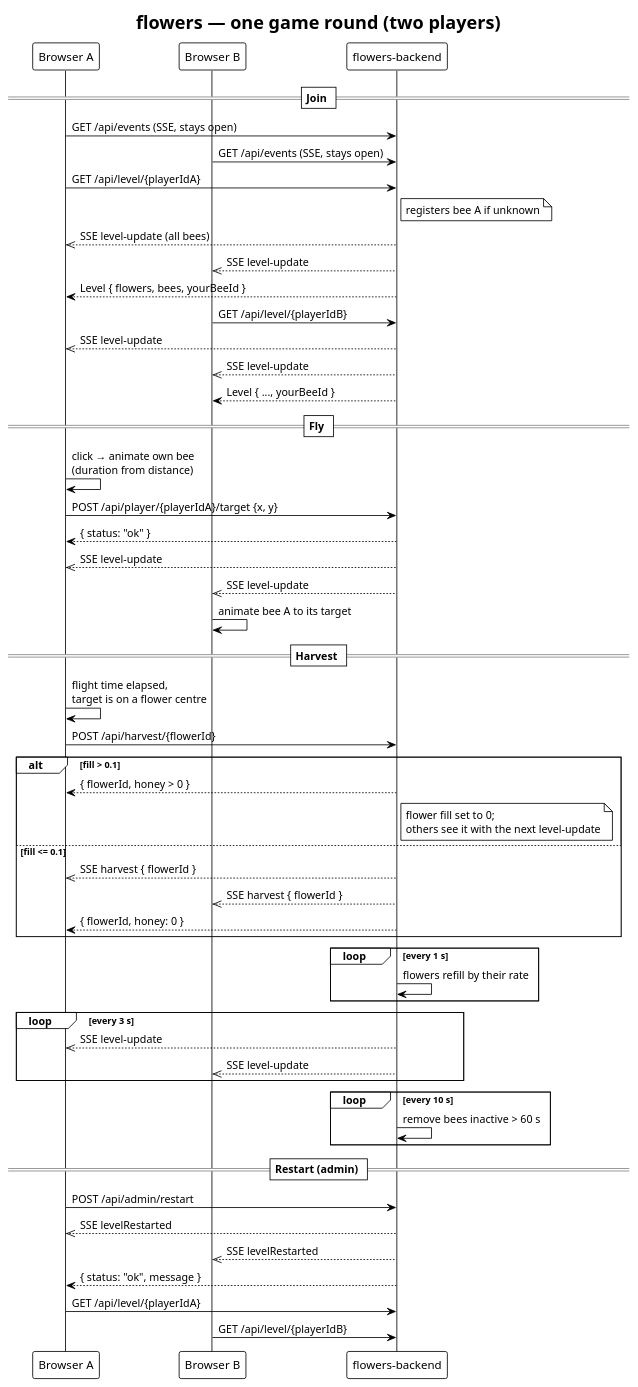
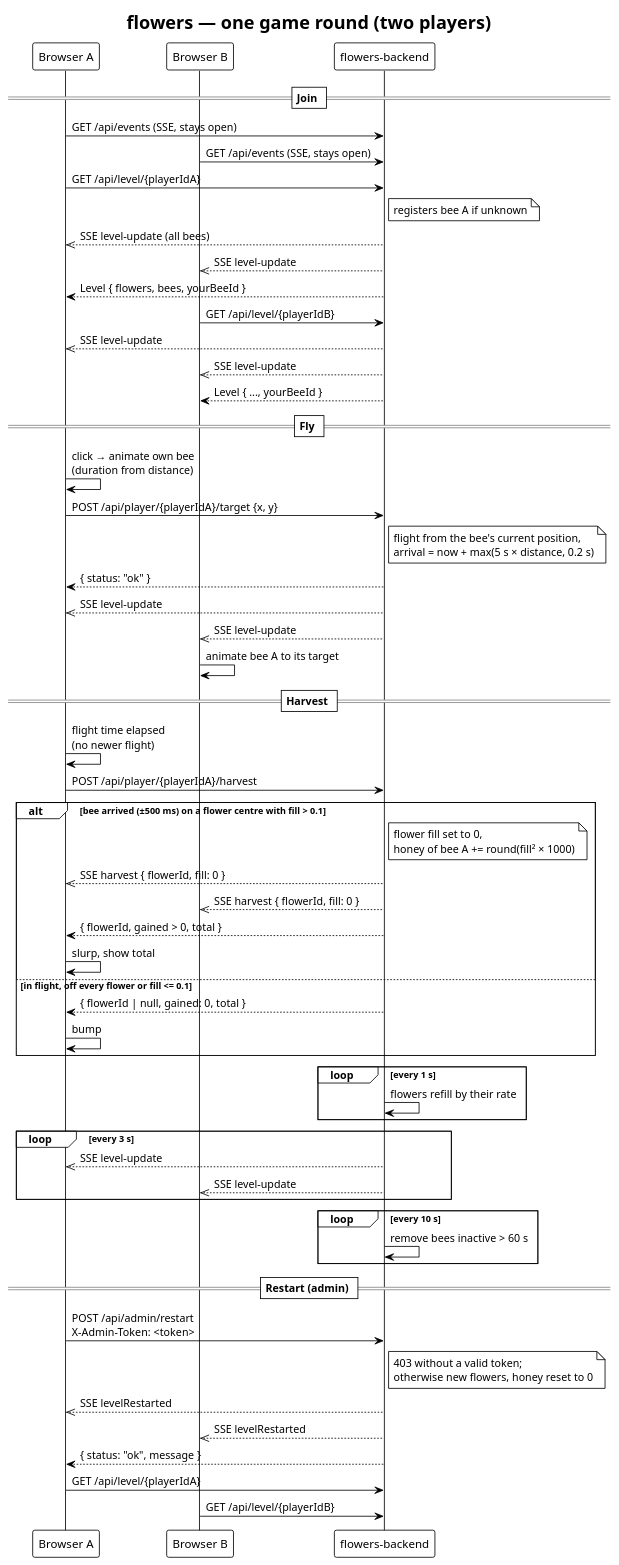
Before and after one commit to guFalcon/flowers-backend: the diagram in docs/diagrams/game-round.puml, drawn with PlantUML. The commit also changed 30 other files, not shown here.

```diff
--- a/docs/diagrams/game-round.puml
+++ b/docs/diagrams/game-round.puml
@@ -1,62 +1,66 @@
 @startuml game-round
 !theme plain
 skinparam defaultFontName sans-serif
 skinparam sequenceMessageAlign left
 title flowers — one game round (two players)
 
 participant "Browser A" as A
 participant "Browser B" as B
 participant "flowers-backend" as S
 
 == Join ==
 A -> S : GET /api/events (SSE, stays open)
 B -> S : GET /api/events (SSE, stays open)
 A -> S : GET /api/level/{playerIdA}
 note right of S : registers bee A if unknown
 S -->> A : SSE level-update (all bees)
 S -->> B : SSE level-update
 S --> A : Level { flowers, bees, yourBeeId }
 B -> S : GET /api/level/{playerIdB}
 S -->> A : SSE level-update
 S -->> B : SSE level-update
 S --> B : Level { ..., yourBeeId }
 
 == Fly ==
 A -> A : click → animate own bee\n(duration from distance)
 A -> S : POST /api/player/{playerIdA}/target {x, y}
+note right of S : flight from the bee's current position,\narrival = now + max(5 s × distance, 0.2 s)
 S --> A : { status: "ok" }
 S -->> A : SSE level-update
 S -->> B : SSE level-update
 B -> B : animate bee A to its target
 
 == Harvest ==
-A -> A : flight time elapsed,\ntarget is on a flower centre
-A -> S : POST /api/harvest/{flowerId}
-alt fill > 0.1
-  S --> A : { flowerId, honey > 0 }
-  note right of S : flower fill set to 0;\nothers see it with the next level-update
-else fill <= 0.1
-  S -->> A : SSE harvest { flowerId }
-  S -->> B : SSE harvest { flowerId }
-  S --> A : { flowerId, honey: 0 }
+A -> A : flight time elapsed\n(no newer flight)
+A -> S : POST /api/player/{playerIdA}/harvest
+alt bee arrived (±500 ms) on a flower centre with fill > 0.1
+  note right of S : flower fill set to 0,\nhoney of bee A += round(fill² × 1000)
+  S -->> A : SSE harvest { flowerId, fill: 0 }
+  S -->> B : SSE harvest { flowerId, fill: 0 }
+  S --> A : { flowerId, gained > 0, total }
+  A -> A : slurp, show total
+else in flight, off every flower or fill <= 0.1
+  S --> A : { flowerId | null, gained: 0, total }
+  A -> A : bump
 end
 
 loop every 1 s
   S -> S : flowers refill by their rate
 end
 loop every 3 s
   S -->> A : SSE level-update
   S -->> B : SSE level-update
 end
 loop every 10 s
   S -> S : remove bees inactive > 60 s
 end
 
 == Restart (admin) ==
-A -> S : POST /api/admin/restart
+A -> S : POST /api/admin/restart\nX-Admin-Token: <token>
+note right of S : 403 without a valid token;\notherwise new flowers, honey reset to 0
 S -->> A : SSE levelRestarted
 S -->> B : SSE levelRestarted
 S --> A : { status: "ok", message }
 A -> S : GET /api/level/{playerIdA}
 B -> S : GET /api/level/{playerIdB}
 @enduml
```
